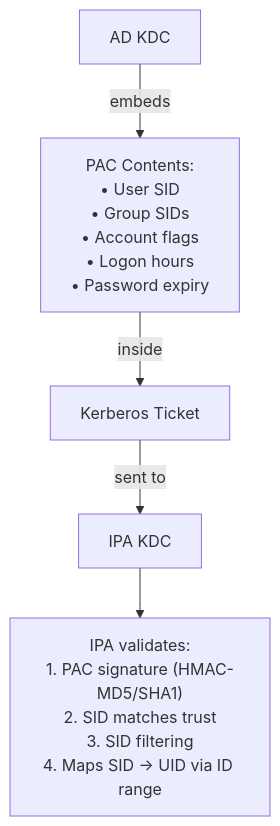
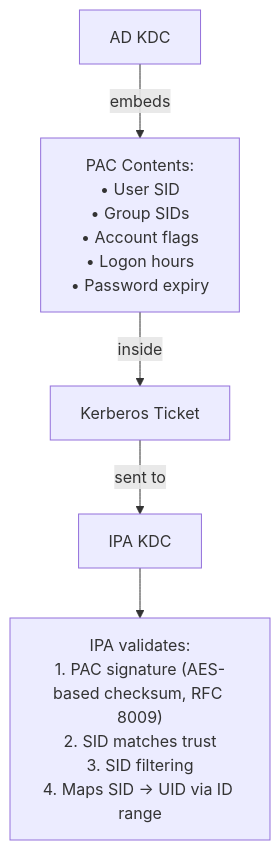
Diagram 13 of 15 in 11_ad_trust.md (UncleJS/course_FreeIPA), drawn with Mermaid before and after one commit. The commit also changed other lines of this file and 17 other files, not shown here.

````diff
--- a/11_ad_trust.md
+++ b/11_ad_trust.md
@@ -785,13 +785,13 @@
 ```mermaid
 graph TD
     AD_KDC[AD KDC]
     PAC["PAC Contents:<br/>• User SID<br/>• Group SIDs<br/>• Account flags<br/>• Logon hours<br/>• Password expiry"]
     TICKET[Kerberos Ticket]
     IPA_KDC[IPA KDC]
-    VALIDATE["IPA validates:<br/>1. PAC signature (HMAC-MD5/SHA1)<br/>2. SID matches trust<br/>3. SID filtering<br/>4. Maps SID → UID via ID range"]
+    VALIDATE["IPA validates:<br/>1. PAC signature (AES-based checksum, RFC 8009)<br/>2. SID matches trust<br/>3. SID filtering<br/>4. Maps SID → UID via ID range"]
 
     AD_KDC -->|embeds| PAC
     PAC -->|inside| TICKET
     TICKET -->|sent to| IPA_KDC
     IPA_KDC --> VALIDATE
 ```
````
